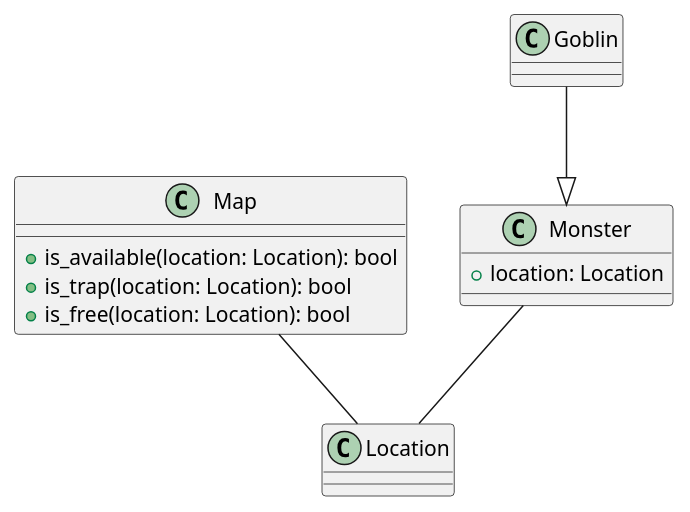
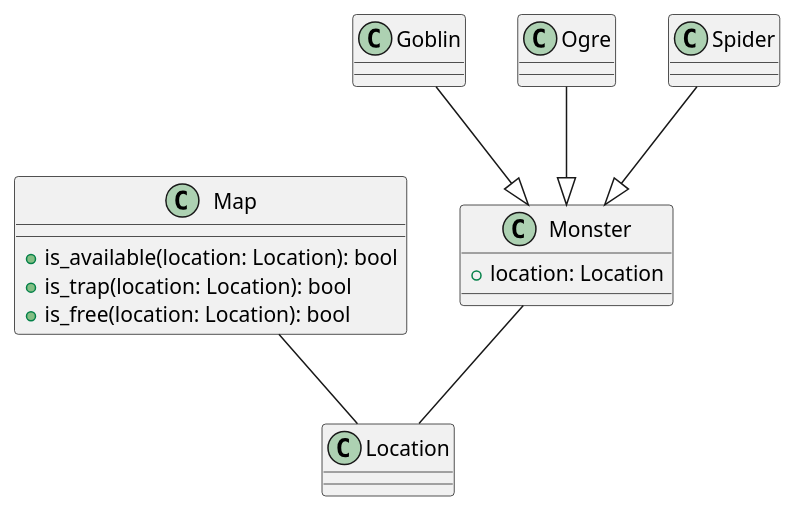
One commit to quitsore/tower_defense changed the diagram in the_game/docs/class-diagrams.md. Above: the diagram before and after it, drawn with PlantUML. The commit also changed 11 other files, not shown here.

````diff
--- a/the_game/docs/class-diagrams.md
+++ b/the_game/docs/class-diagrams.md
@@ -1,20 +1,22 @@
 ```plantuml
 class Monster {
 + location: Location
 }
 
 class Goblin
 
 class Map {
 + is_available(location: Location): bool
 + is_trap(location: Location): bool
 + is_free(location: Location): bool
 }
 
 class Location
 
 Goblin --|> Monster
+Ogre --|> Monster
+Spider --|> Monster
 Monster -- Location
 Map -- Location
 
 ```
````
